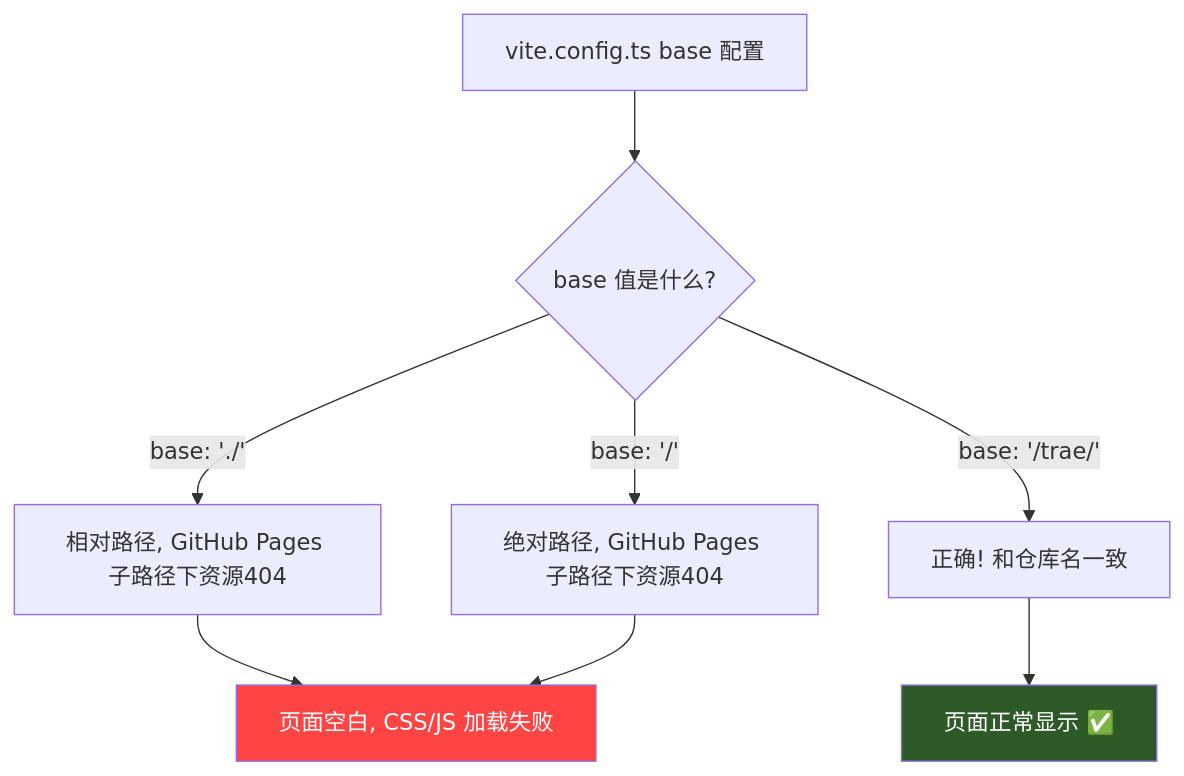
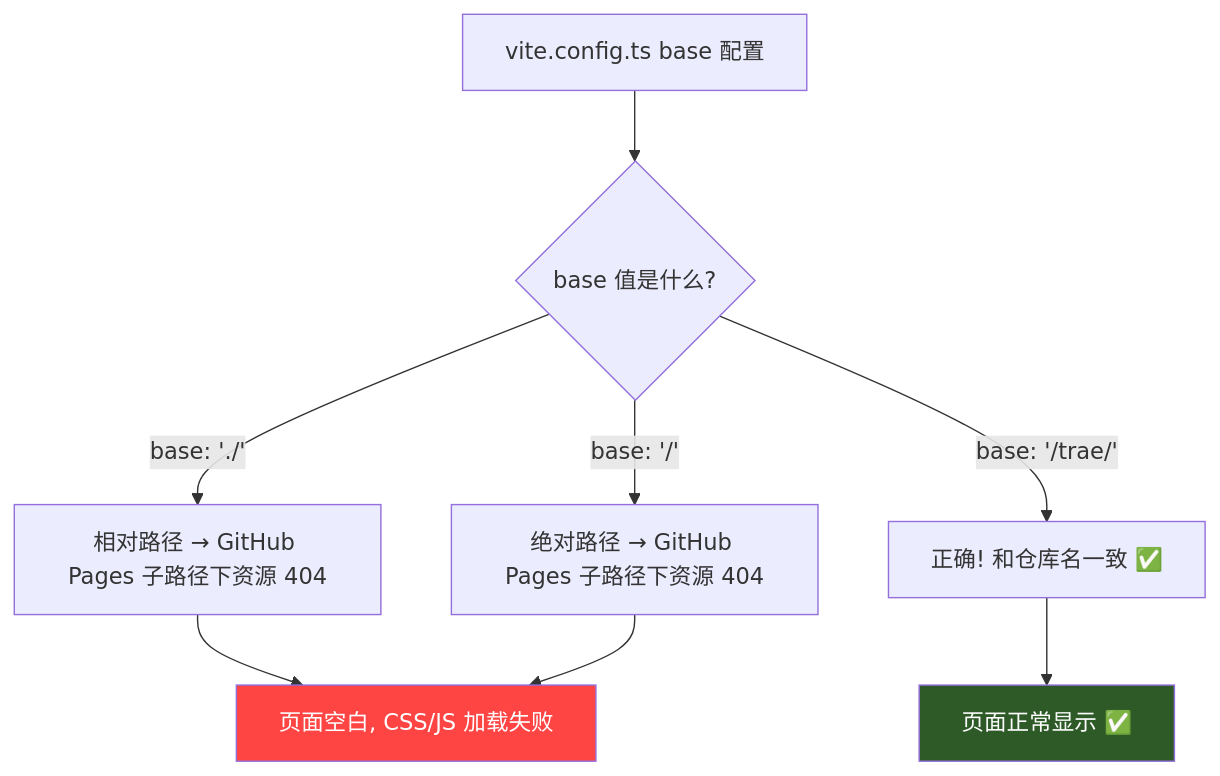
One commit to Easter127/trae changed diagram 12 of 20 in PROJECT_GUIDE.md. Above: the diagram before and after it, drawn with Mermaid. The commit also changed other lines of this file, not shown here.

Commit message:
Update PROJECT_GUIDE: add all 12 pitfalls with real error messages and mermaid diagrams

````diff
--- a/PROJECT_GUIDE.md
+++ b/PROJECT_GUIDE.md
@@ -427,14 +593,14 @@
 ```mermaid
 graph TD
-    A[vite.config.ts base 配置] --> B{base 值是什么?}
-    B -->|base: './'| C[相对路径, GitHub Pages 子路径下资源404]
-    B -->|base: '/trae/'| D[正确! 和仓库名一致]
-    B -->|base: '/'| E[绝对路径, GitHub Pages 子路径下资源404]
+    A["vite.config.ts base 配置"] --> B{base 值是什么?}
+    B -->|"base: './'"| C["相对路径 → GitHub Pages 子路径下资源 404"]
+    B -->|"base: '/trae/'"| D["正确! 和仓库名一致 ✅"]
+    B -->|"base: '/'"| E["绝对路径 → GitHub Pages 子路径下资源 404"]
     
-    C --> F[页面空白, CSS/JS 加载失败]
+    C --> F["页面空白, CSS/JS 加载失败"]
     E --> F
-    D --> G[页面正常显示 ✅]
+    D --> G["页面正常显示 ✅"]
     
     style F fill:#ff4444,color:#fff
     style G fill:#2d5a27,color:#fff
 ```
````
